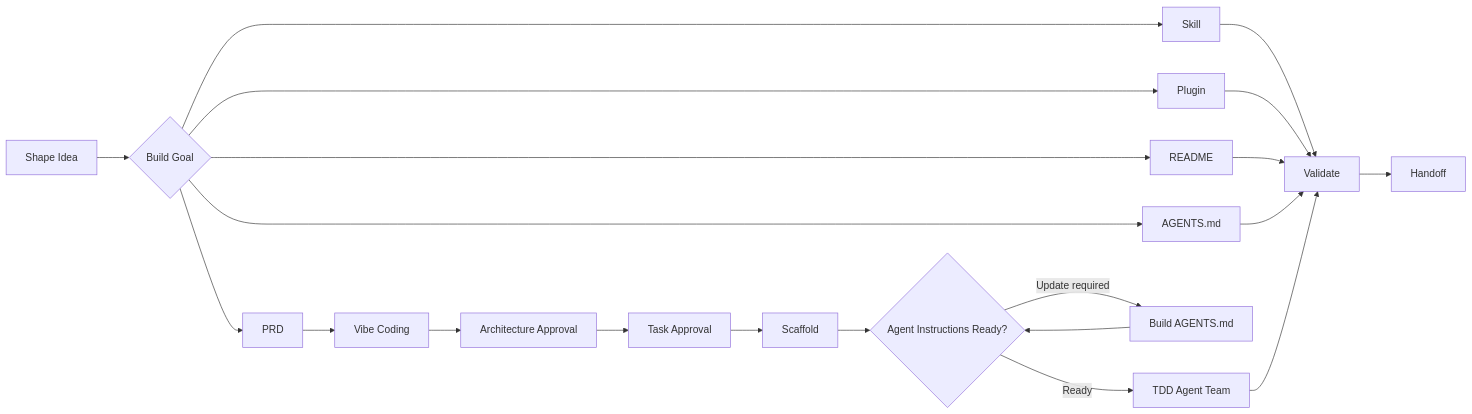
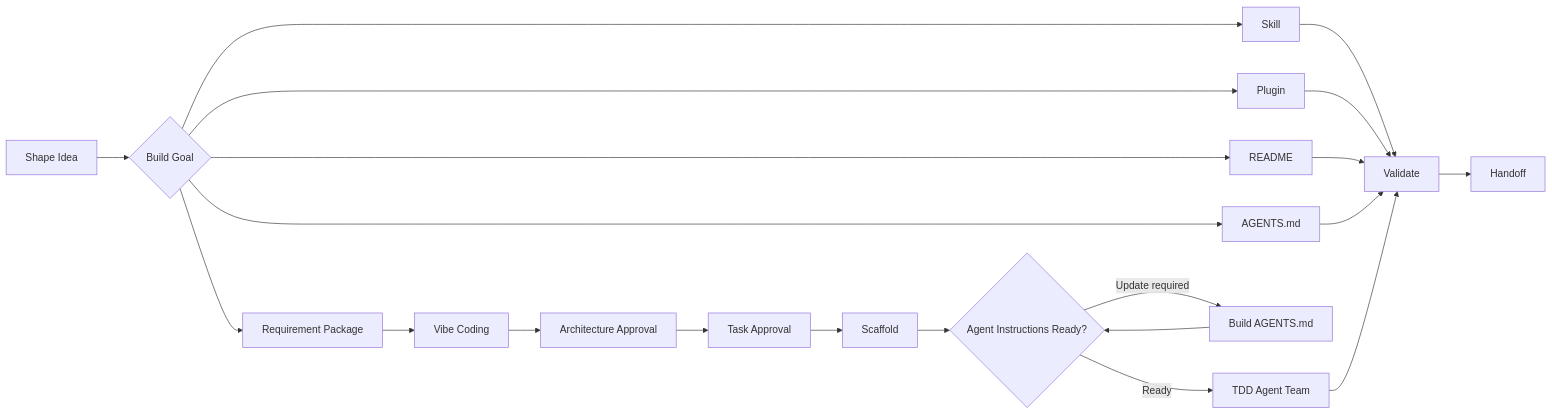
One commit to koco-co/build-goals changed the diagram in README.md. Above: the diagram before and after it, drawn with Mermaid. The commit also changed other lines of this file and 75 other files, not shown here.

````diff
--- a/README.md
+++ b/README.md
@@ -54,23 +54,23 @@
 ```mermaid
 flowchart LR
     A[Shape Idea] --> B{Build Goal}
     B --> C[Skill]
     B --> D[Plugin]
-    B --> E[PRD]
+    B --> E[Requirement Package]
     B --> F[README]
     B --> M[AGENTS.md]
     E --> G[Vibe Coding]
     G --> H[Architecture Approval]
     H --> I[Task Approval]
     I --> N[Scaffold]
     N --> O{Agent Instructions Ready?}
     O -->|Update required| P[Build AGENTS.md]
     P --> O
     O -->|Ready| J[TDD Agent Team]
     C --> K[Validate]
     D --> K
     F --> K
     M --> K
     J --> K
     K --> L[Handoff]
 ```
````
